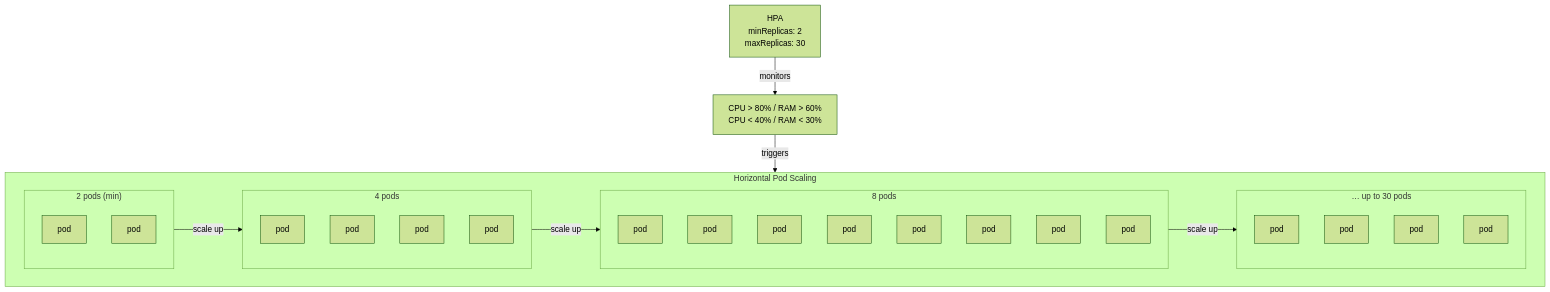
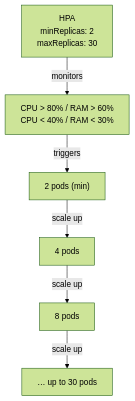
The first of 5 diagrams in README.md (BugMentor/k6-java-spring-graphql-example), drawn with Mermaid (forest theme) before and after one commit.

Commit message:
docs: simplify HPA graph to clean stage boxes

````diff
--- a/README.md
+++ b/README.md
@@ -36,46 +36,11 @@
 ```mermaid
 graph TD
     HPA["HPA<br/>minReplicas: 2<br/>maxReplicas: 30"]
     Metrics["CPU > 80% / RAM > 60%<br/>CPU < 40% / RAM < 30%"]
     HPA -->|monitors| Metrics
+    Metrics -->|triggers| S2
 
-    Metrics -->|triggers| Scale
-
-    subgraph Scale["Horizontal Pod Scaling"]
-        direction LR
-
-        subgraph S2["2 pods (min)"]
-            A1["pod"]
-            A2["pod"]
-        end
-
-        subgraph S4["4 pods"]
-            B1["pod"]
-            B2["pod"]
-            B3["pod"]
-            B4["pod"]
-        end
-
-        subgraph S8["8 pods"]
-            C1["pod"]
-            C2["pod"]
-            C3["pod"]
-            C4["pod"]
-            C5["pod"]
-            C6["pod"]
-            C7["pod"]
-            C8["pod"]
-        end
-
-        subgraph SN["… up to 30 pods"]
-            D1["pod"]
-            D2["pod"]
-            D3["pod"]
-            D4["pod"]
-        end
-
-        S2 -->|scale up| S4
-        S4 -->|scale up| S8
-        S8 -->|scale up| SN
-    end
+    S2["2 pods (min)"] -->|scale up| S4["4 pods"]
+    S4 -->|scale up| S8["8 pods"]
+    S8 -->|scale up| SMAX["… up to 30 pods"]
 ```
````
